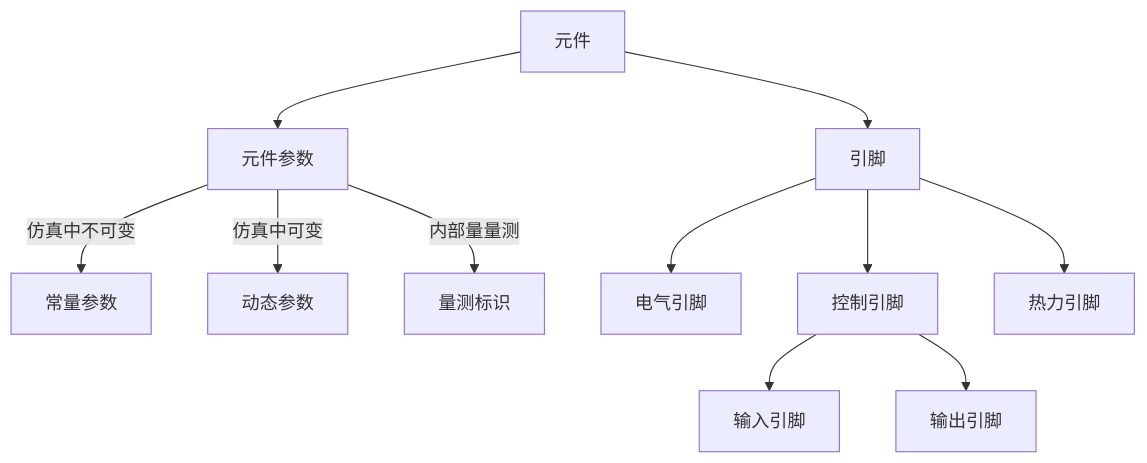
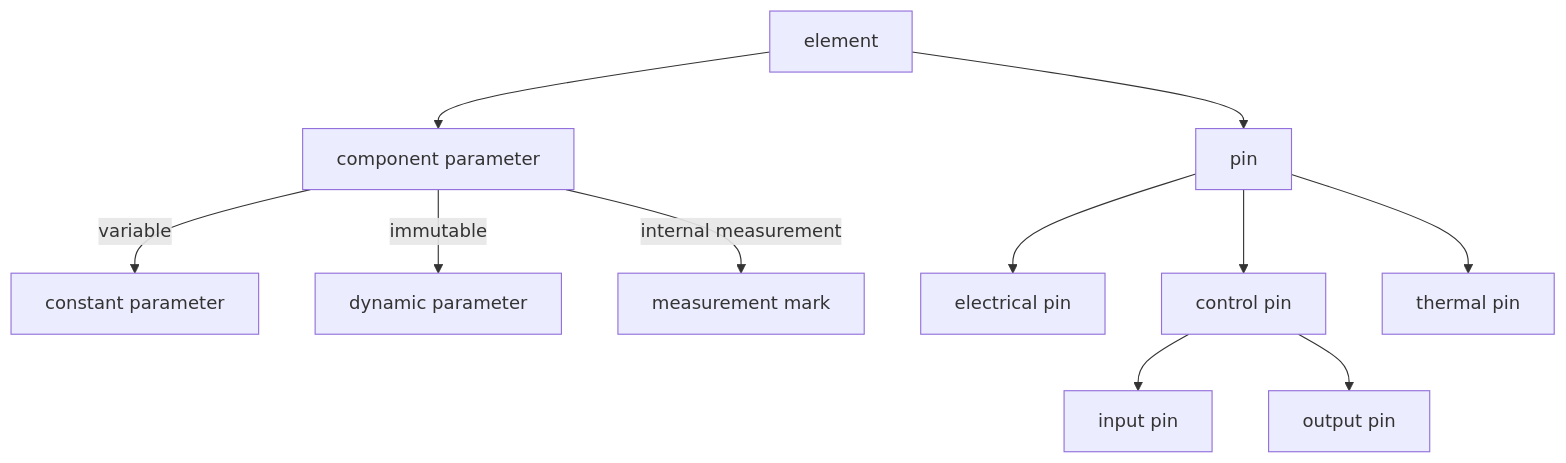
The first of 2 diagrams in source/en/features/ParameterSystem.md (CloudPSS/docs), drawn with Mermaid before and after one commit. The commit also changed other lines of this file and 156 other files, not shown here.

````diff
--- a/source/en/features/ParameterSystem.md
+++ b/source/en/features/ParameterSystem.md
@@ -21,13 +21,13 @@
 ```mermaid
 graph TD
-A[元件] --> B[元件参数]
-A[元件] --> C[引脚]
-B -->|仿真中不可变| D[常量参数]
-B -->|仿真中可变| E[动态参数]
-B -->|内部量量测| F[量测标识]
-C --> G[电气引脚]
-C --> H[控制引脚]
-C --> I[热力引脚]
-H --> J[输入引脚]
-H --> K[输出引脚] 
+A[element] --> B[component parameter]
+A[element] --> C[pin]
+B -->|variable| D[constant parameter]
+B -->|immutable| E[dynamic parameter]
+B -->|internal measurement| F[measurement mark]
+C --> G[electrical pin]
+C --> H[control pin]
+C --> I[thermal pin]
+H --> J[input pin]
+H --> K[output pin] 
 ```
````
